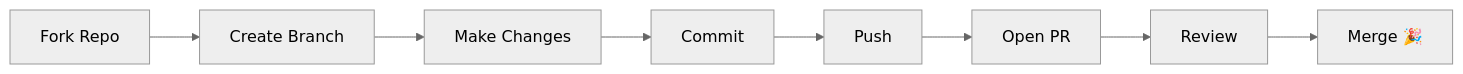
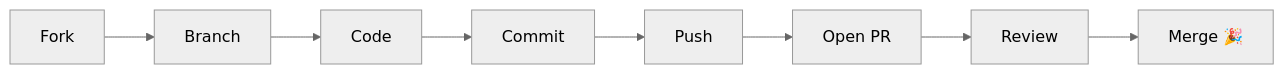
The sixth of 6 diagrams in README.md (Satendra90390/Mendly), drawn with Mermaid (neutral theme) before and after one commit. The commit also changed other lines of this file and 1 other file, not shown here.

Commit message:
add animated SVG banner, memory architecture, FAQ, repo activity badges; create memory.py

````diff
--- a/README.md
+++ b/README.md
@@ -470,10 +593,10 @@
 ```mermaid
 flowchart LR
-    A[Fork Repo] --> B[Create Branch]
-    B --> C[Make Changes]
+    A[Fork] --> B[Branch]
+    B --> C[Code]
     C --> D[Commit]
     D --> E[Push]
     E --> F[Open PR]
     F --> G[Review]
     G --> H[Merge 🎉]
 ```
````
